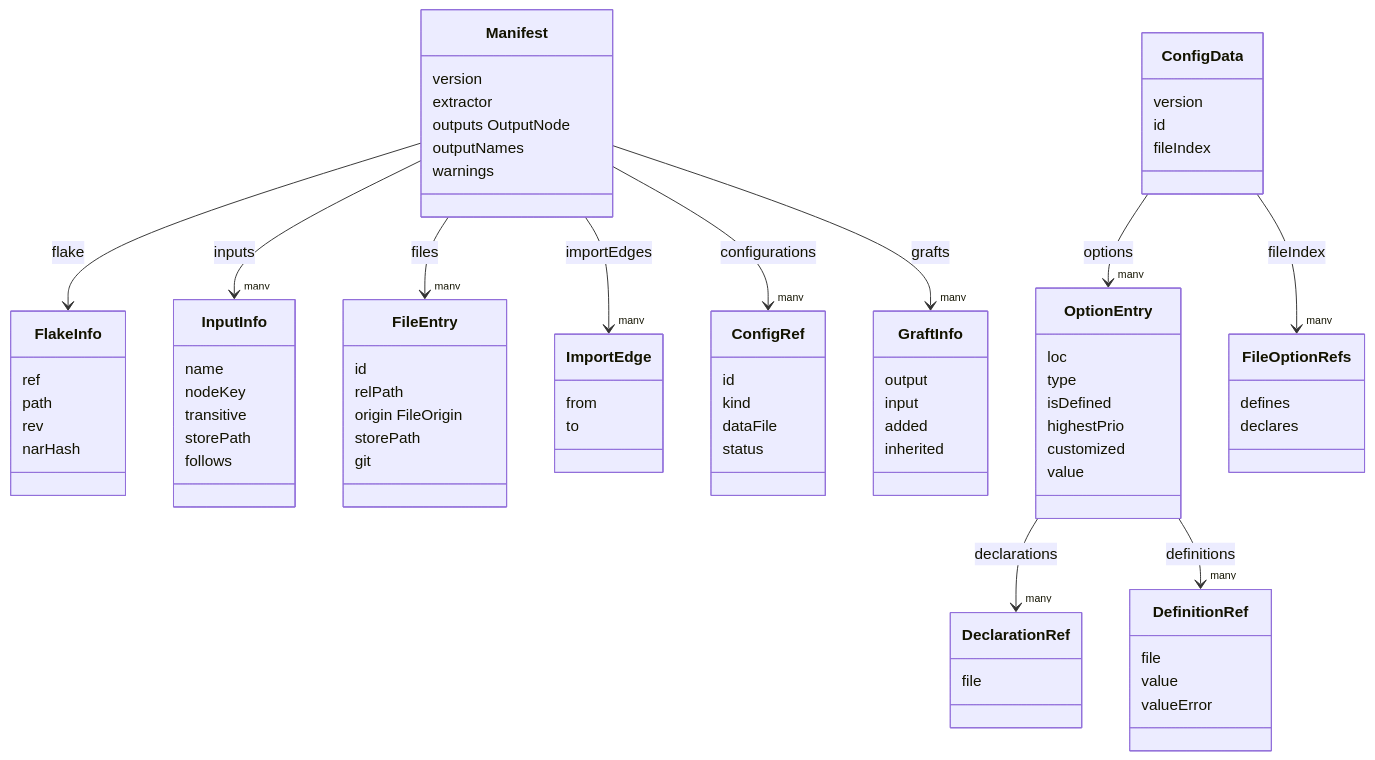
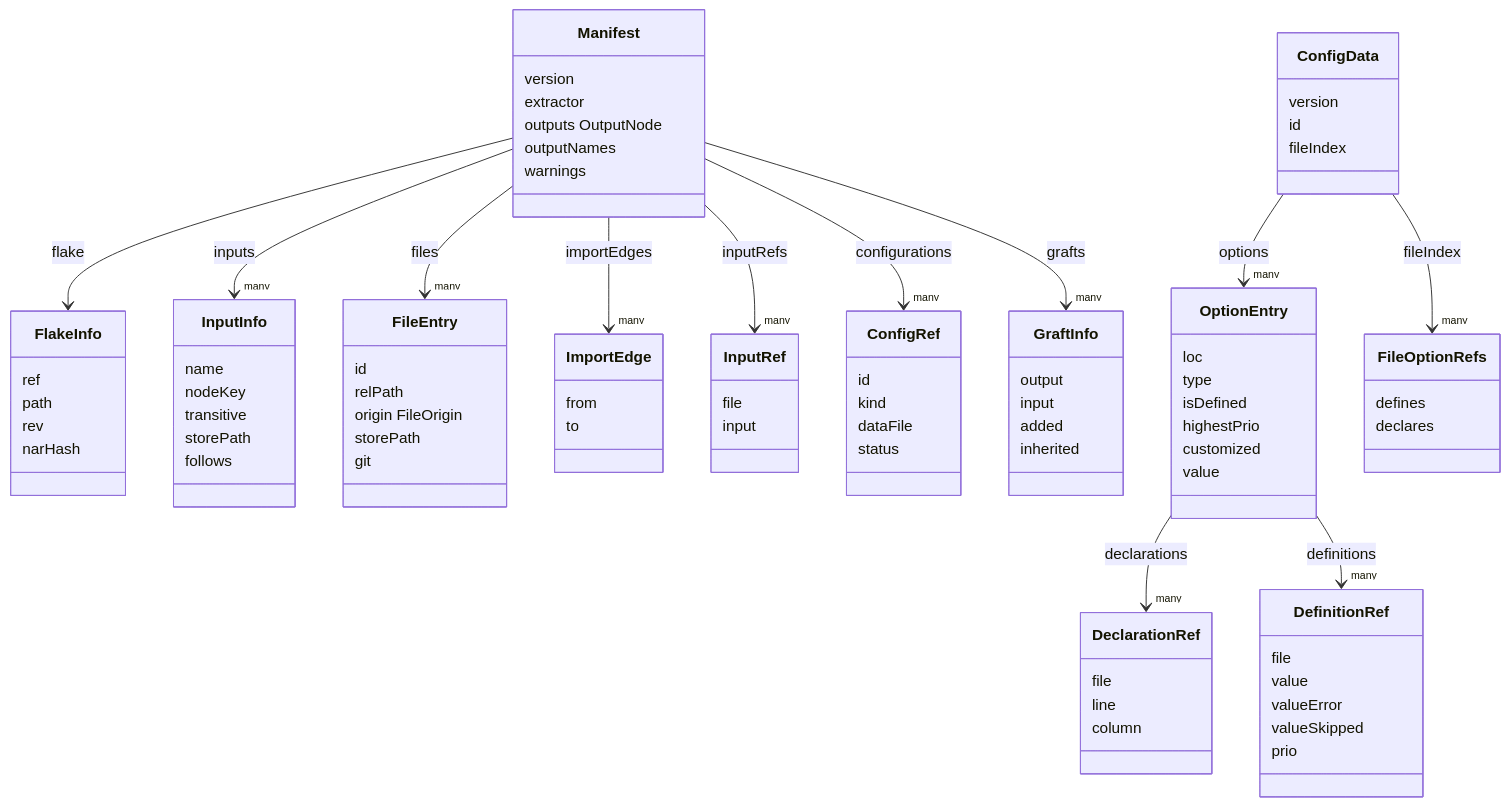
The diagram in docs/data-schema.md (kriswill/flake-explorer), drawn with Mermaid before and after one commit. The commit also changed other lines of this file and 17 other files, not shown here.

```diff
--- a/docs/data-schema.md
+++ b/docs/data-schema.md
@@ -52,6 +52,10 @@
     from
     to
   }
+  class InputRef {
+    file
+    input
+  }
   class ConfigRef {
     id
     kind
@@ -79,11 +83,15 @@
   }
   class DeclarationRef {
     file
+    line
+    column
   }
   class DefinitionRef {
     file
     value
     valueError
+    valueSkipped
+    prio
   }
   class FileOptionRefs {
     defines
@@ -93,6 +101,7 @@
   Manifest --> "many" InputInfo : inputs
   Manifest --> "many" FileEntry : files
   Manifest --> "many" ImportEdge : importEdges
+  Manifest --> "many" InputRef : inputRefs
   Manifest --> "many" ConfigRef : configurations
   Manifest --> "many" GraftInfo : grafts
   ConfigData --> "many" OptionEntry : options
```
